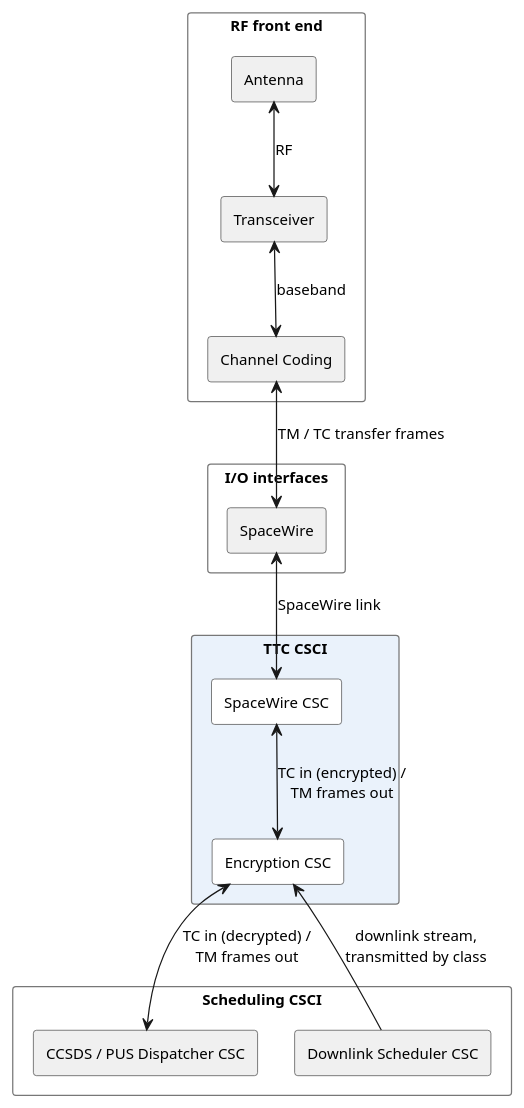
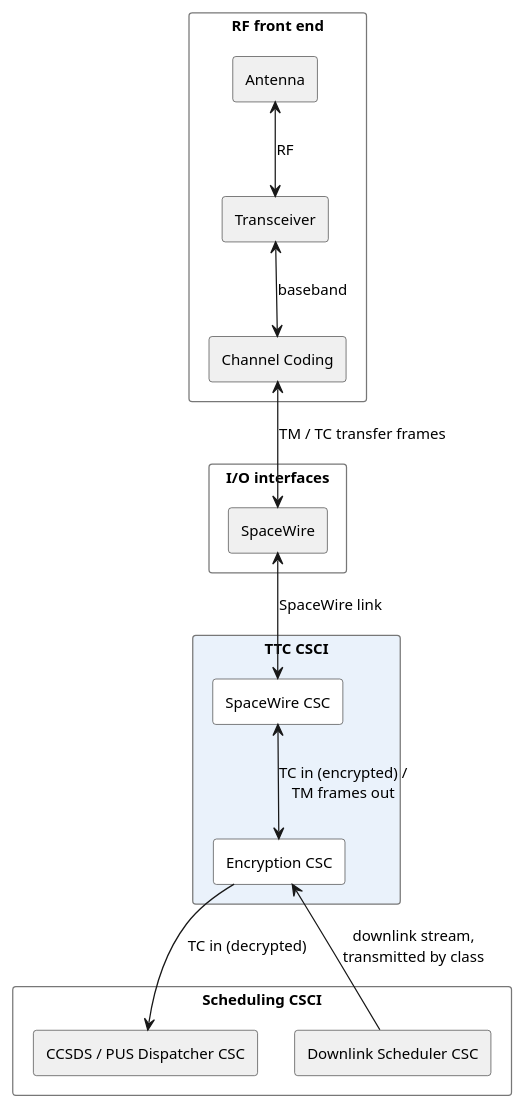
The diagram in docs/puml/obc-csci-ttc.puml (seapit/urban-memory), drawn with PlantUML before and after one commit. The commit also changed 7 other files, not shown here.

Commit message:
fix diagrams

```diff
--- a/docs/puml/obc-csci-ttc.puml
+++ b/docs/puml/obc-csci-ttc.puml
@@ -1,58 +1,58 @@
 @startuml
 ' TTC CSCI — the CSCI in full, with every relation that crosses its boundary.
 ' Everything drawn in grey is context: it is shown only far enough to say what
 ' this CSCI talks to. The whole picture is in obc-csci-full.puml.
 ' GENERATED from obc-csci-full.puml — edit that file, then re-run split.py.
 
 skinparam componentStyle rectangle
 skinparam packageStyle rectangle
 skinparam shadowing false
 skinparam nodesep 30
 skinparam ranksep 58
 skinparam defaultFontSize 12
 skinparam wrapWidth 240
 skinparam package {
   BackgroundColor #FFFFFF
   BorderColor #777777
 }
 skinparam component {
   BackgroundColor #FFFFFF
   BorderColor #333333
 }
 skinparam database {
   BackgroundColor #FFFFFF
   BorderColor #333333
 }
 
 ' ---------------------------------------------- the CSCI under view
 package "TTC CSCI" as TTC #EAF2FB {
   component "SpaceWire CSC" as SPW
   component "Encryption CSC" as ENC
 }
 
 ' ---------------------------------------------- context only
 package "I/O interfaces" as IFACE {
   component "SpaceWire" as SPWIF #F0F0F0
 }
 package "Scheduling CSCI" as SCHED {
   component "CCSDS / PUS Dispatcher CSC" as CCSDS #F0F0F0
   component "Downlink Scheduler CSC" as DLSCHED #F0F0F0
 }
 package "RF front end" as RF {
   component "Channel Coding" as COD #F0F0F0
   component "Transceiver" as TXRX #F0F0F0
   component "Antenna" as ANT #F0F0F0
 }
 
 ' ---------------------------------------------- inside the CSCI
 SPW <--> ENC : TC in (encrypted) /\nTM frames out
 
 ' ---------------------------------------------- across its boundary
 SPWIF <--> SPW : SpaceWire link
-ENC <--> CCSDS : TC in (decrypted) /\nTM frames out
+ENC --> CCSDS : TC in (decrypted)
 DLSCHED --> ENC : downlink stream,\ntransmitted by class
 COD <--> SPWIF : TM / TC transfer frames
 TXRX <--> COD : baseband
 ANT <--> TXRX : RF
 
 @enduml
```
